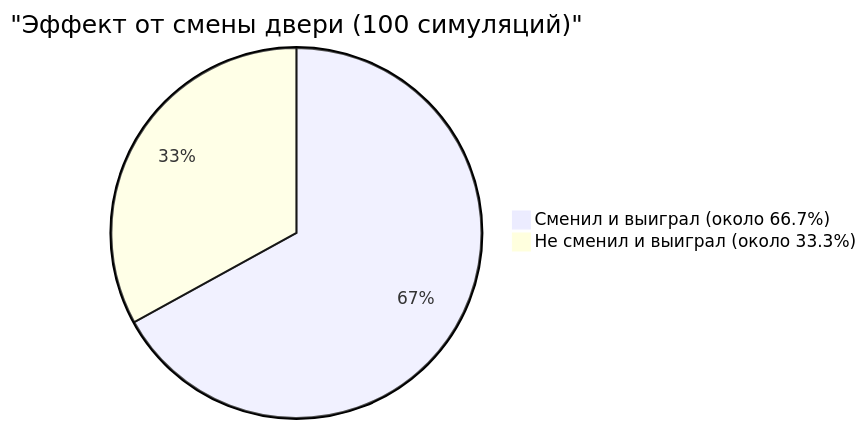
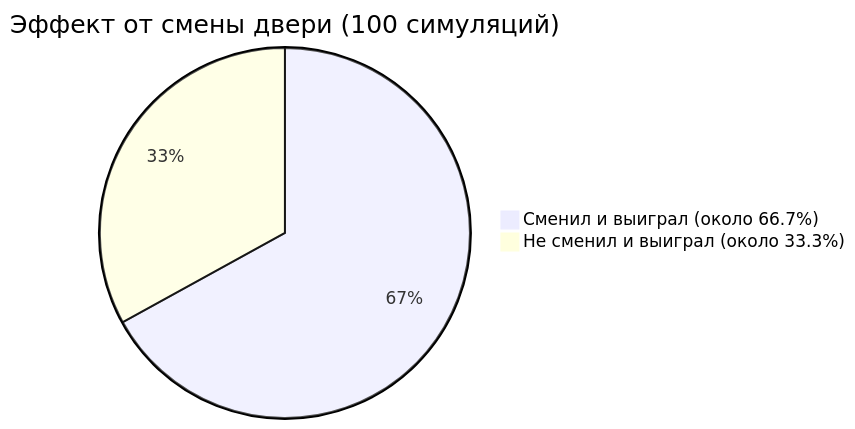
One commit to kenjinote/blog changed the second of 2 diagrams in content/post/モンティ・ホール問題/index.ru.md. Above: the diagram before and after it, drawn with Mermaid. The commit also changed other lines of this file and 703 other files, not shown here.

Commit message:
Fix: Remove quotes from Mermaid link texts and timeline definitions to support Mermaid 11.4.1

````diff
--- a/content/post/モンティ・ホール問題/index.ru.md
+++ b/content/post/モンティ・ホール問題/index.ru.md
@@ -162,5 +162,5 @@
 ```mermaid
-pie title "Эффект от смены двери (100 симуляций)"
+pie title Эффект от смены двери (100 симуляций)
     "Сменил и выиграл (около 66.7%)" : 67
     "Не сменил и выиграл (около 33.3%)" : 33
 ```
````
